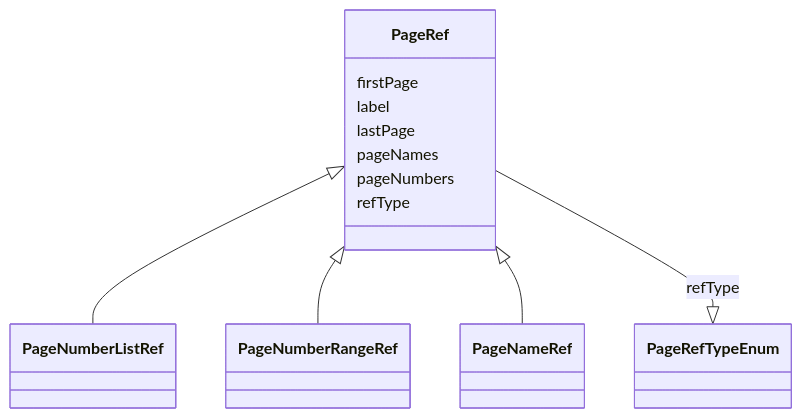
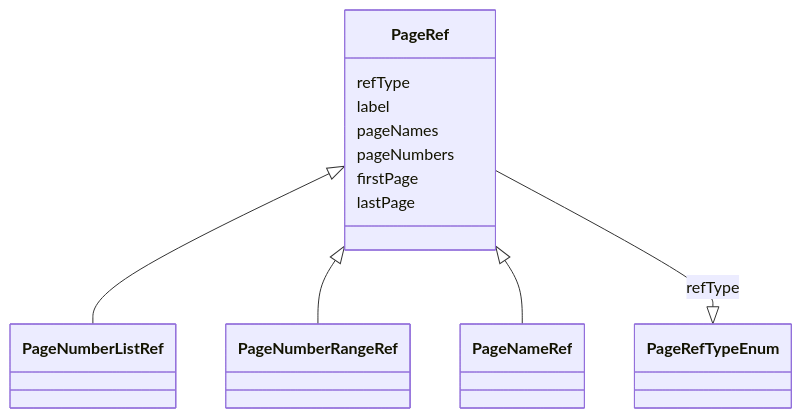
Before and after one commit to cdisc-org/analysis-results-standard: the diagram in project/docs/PageRef.md, drawn with Mermaid. The commit also changed other lines of this file and 192 other files, not shown here.

````diff
--- a/project/docs/PageRef.md
+++ b/project/docs/PageRef.md
@@ -17,23 +13,15 @@
 ```mermaid
  classDiagram
     class PageRef
       PageRef <|-- PageNumberListRef
       PageRef <|-- PageNumberRangeRef
       PageRef <|-- PageNameRef
-      
-      PageRef : firstPage
+      PageRef : refType        
+        PageRef --|> PageRefTypeEnum : refType
+        PageRef : label        
+        PageRef : pageNames        
+        PageRef : pageNumbers        
+        PageRef : firstPage        
+        PageRef : lastPage        
         
-      PageRef : label
-        
-      PageRef : lastPage
-        
-      PageRef : pageNames
-        
-      PageRef : pageNumbers
-        
-      PageRef : refType
-        
-          PageRef --|> PageRefTypeEnum : refType
-        
-      
 ```
````
